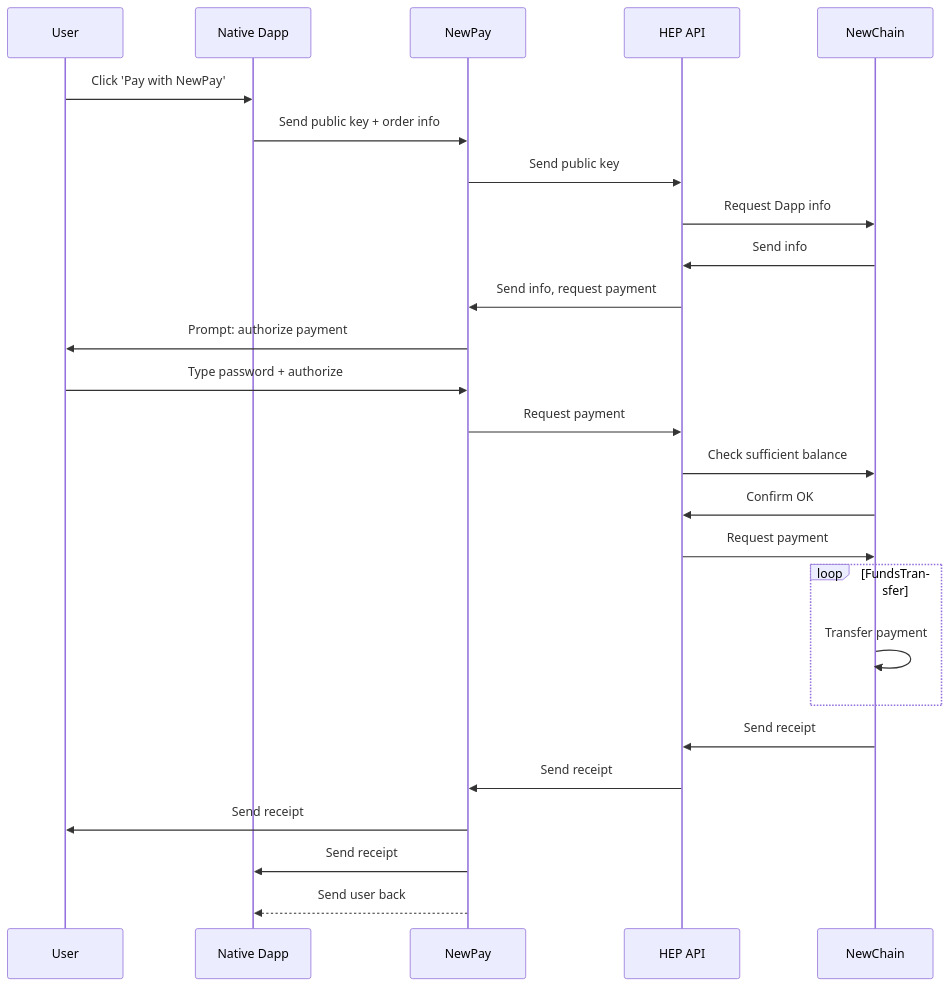
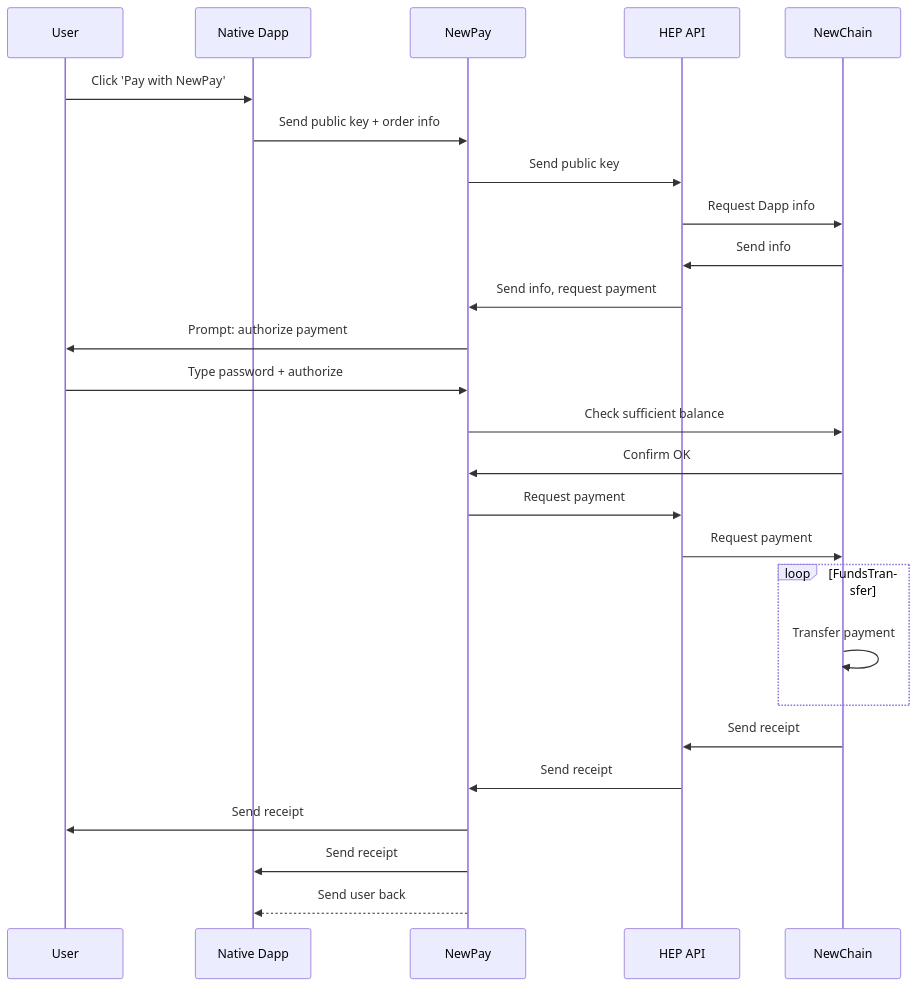
One commit to newtonproject/HEP-specification changed the diagram in diagrams/payment_process_native.mermaid. Above: the diagram before and after it, drawn with Mermaid.

Commit message:
At present NewPay calls NewChain direct to ask balance

```diff
--- a/diagrams/payment_process_native.mermaid
+++ b/diagrams/payment_process_native.mermaid
@@ -1,27 +1,27 @@
 sequenceDiagram;
     participant User;
     participant Native Dapp;
 	participant NewPay;
 	participant HEP API;
 	participant NewChain;
 
     User->>Native Dapp: Click 'Pay with NewPay';
 	Native Dapp->>NewPay: Send public key + order info;
 	NewPay->>HEP API: Send public key;
 	HEP API->>NewChain: Request Dapp info;
 	NewChain->>HEP API: Send info;
 	HEP API->>NewPay: Send info, request payment;
 	NewPay->> User: Prompt: authorize payment;
 	User->>NewPay: Type password + authorize;
+	NewPay->>NewChain: Check sufficient balance;
+	NewChain->>NewPay: Confirm OK
 	NewPay->>HEP API: Request payment;
-	HEP API->>NewChain: Check sufficient balance;
-	NewChain->>HEP API: Confirm OK
 	HEP API->>NewChain: Request payment;
 loop FundsTransfer;
         NewChain->>NewChain: Transfer payment;
 	end;
 	NewChain->>HEP API: Send receipt;
 	HEP API->>NewPay: Send receipt;
 	NewPay->>User: Send receipt;
 	NewPay->>Native Dapp: Send receipt;
 	NewPay-->>Native Dapp: Send user back;
```
